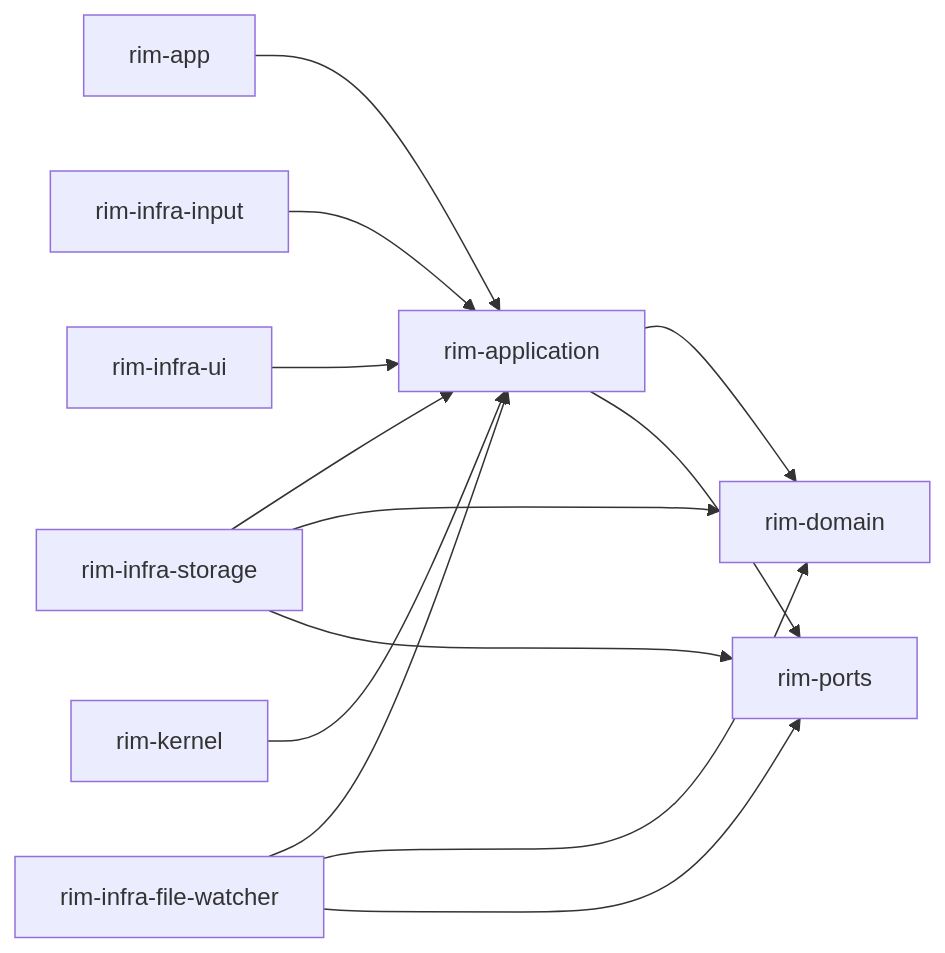
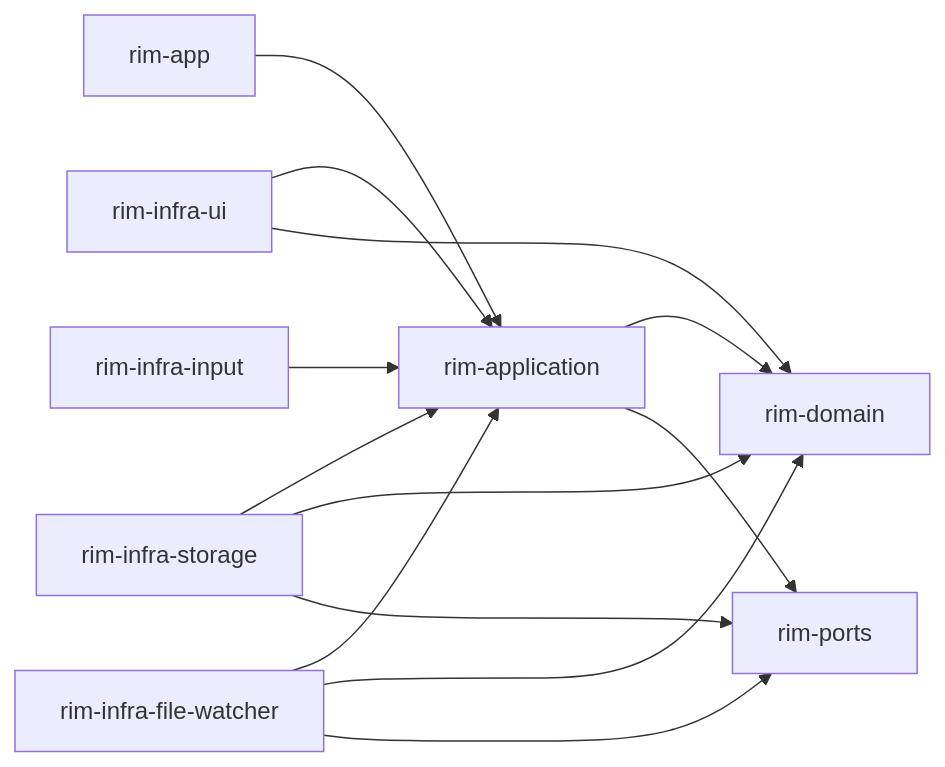
Before and after one commit to zooeywm/rim: the first of 2 diagrams in docs/src/content/docs/architecture/overview.mdx, drawn with Mermaid. The commit also changed other lines of this file and 27 other files, not shown here.

Commit message:
refactor: remove rim-kernel and finalize layered hexagonal architecture

````diff
--- a/docs/src/content/docs/architecture/overview.mdx
+++ b/docs/src/content/docs/architecture/overview.mdx
@@ -12,15 +12,15 @@
 ```mermaid
 flowchart LR
     App["rim-app"] --> Application["rim-application"]
     Application --> Domain["rim-domain"]
     Application --> Ports["rim-ports"]
     InfraInput["rim-infra-input"] --> Application
     InfraUI["rim-infra-ui"] --> Application
+    InfraUI --> Domain
     InfraStorage["rim-infra-storage"] --> Application
     InfraStorage --> Domain
     InfraStorage --> Ports
     InfraWatcher["rim-infra-file-watcher"] --> Application
     InfraWatcher --> Domain
     InfraWatcher --> Ports
-    Kernel["rim-kernel"] --> Application
 ```
````
